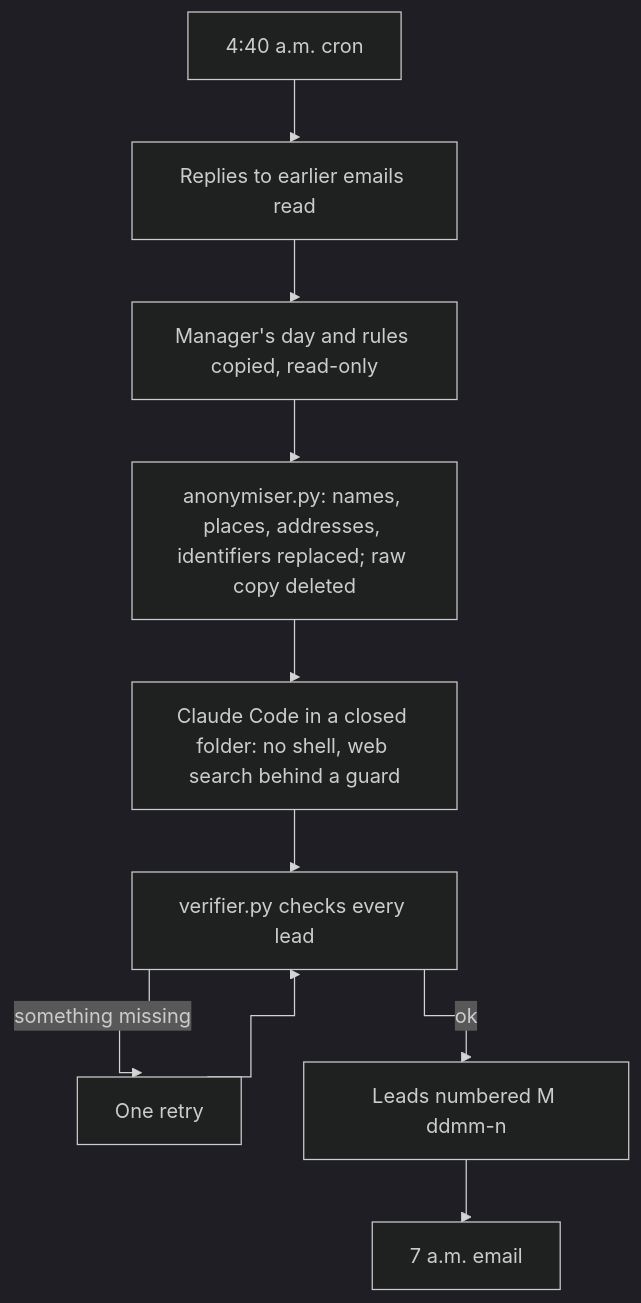
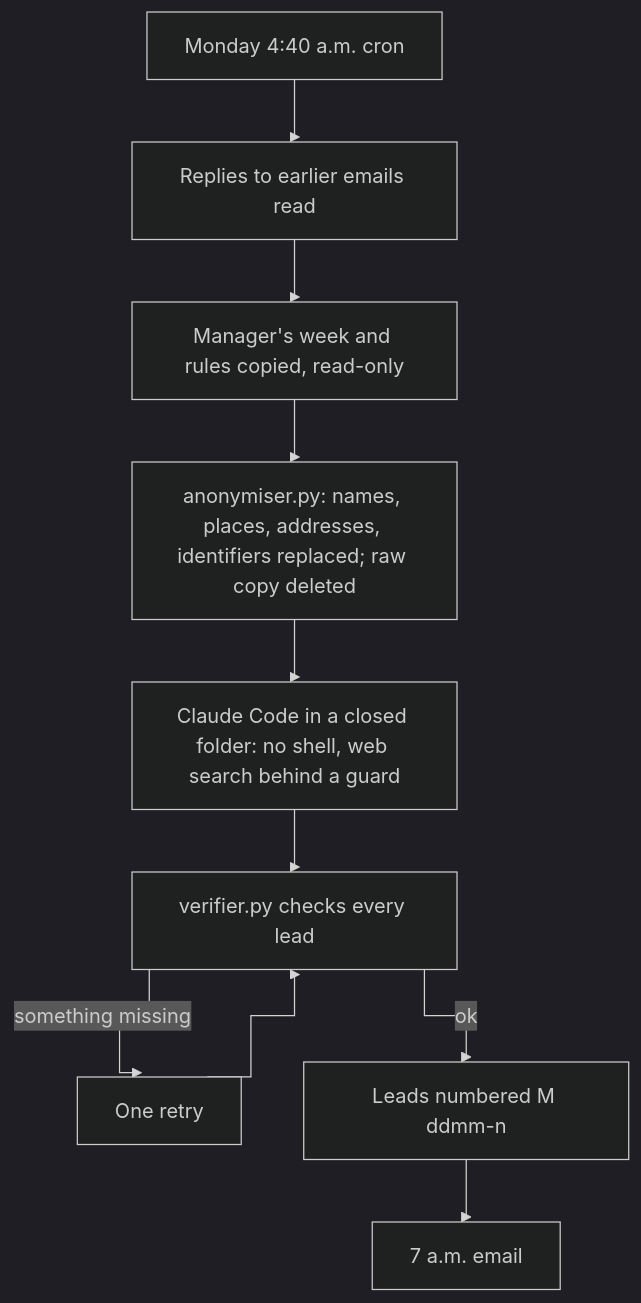
The first of 2 diagrams in README.md (anthohunt/agent-chercheur-management), drawn with Mermaid (dark theme) before and after one commit. The commit also changed other lines of this file, not shown here.

````diff
--- a/README.md
+++ b/README.md
@@ -22,13 +22,13 @@
 ```mermaid
 %%{init: {"flowchart": {"curve": "step"}}}%%
 flowchart TD
-    A["4:40 a.m. cron"] --> B["Replies to earlier emails read"]
-    B --> C["Manager's day and rules copied, read-only"]
+    A["Monday 4:40 a.m. cron"] --> B["Replies to earlier emails read"]
+    B --> C["Manager's week and rules copied, read-only"]
     C --> D["anonymiser.py: names, places, addresses, identifiers replaced; raw copy deleted"]
     D --> E["Claude Code in a closed folder: no shell, web search behind a guard"]
     E --> F["verifier.py checks every lead"]
     F -->|"something missing"| G["One retry"]
     G --> F
     F -->|"ok"| H["Leads numbered M ddmm-n"]
     H --> I["7 a.m. email"]
 ```
````
